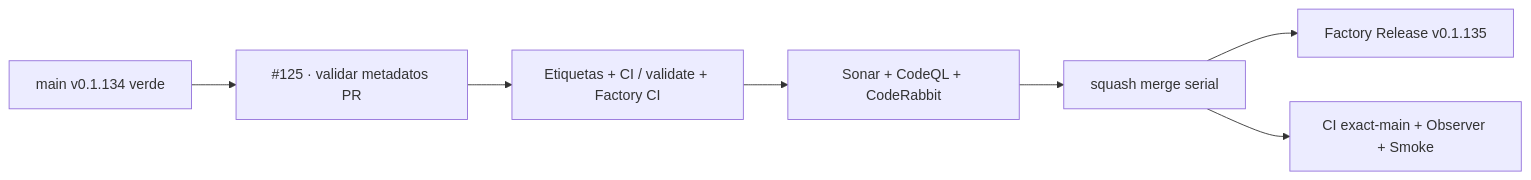
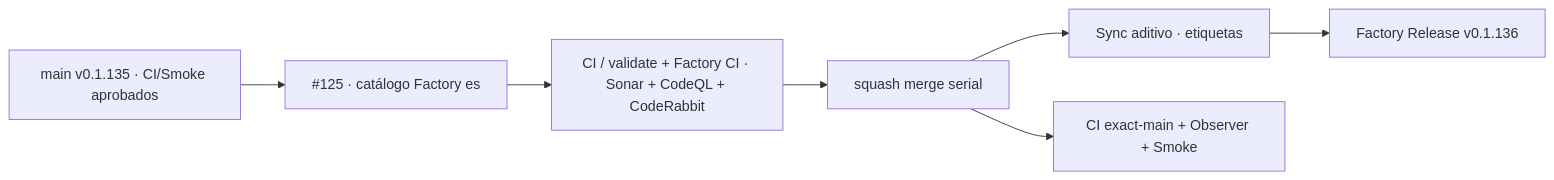
The diagram in README.md (pl0n3r/GrindFlow), drawn with Mermaid before and after one commit. The commit also changed other lines of this file and 5 other files, not shown here.

First line of the commit message:
chore(governance): completar catálogo canónico sin borrar etiquetas legadas (V 0.1.136) (#167)

````diff
--- a/README.md
+++ b/README.md
@@ -47,9 +47,9 @@
 ```mermaid
 flowchart LR
-  A["main v0.1.134 verde"] --> P["#125 · validar metadatos PR"]
-  P --> F["Etiquetas + CI / validate + Factory CI"]
-  F --> Q["Sonar + CodeQL + CodeRabbit"]
+  A["main v0.1.135 · CI/Smoke aprobados"] --> P["#125 · catálogo Factory es"]
+  P --> Q["CI / validate + Factory CI · Sonar + CodeQL + CodeRabbit"]
   Q --> M["squash merge serial"]
-  M --> R["Factory Release v0.1.135"]
+  M --> F["Sync aditivo · etiquetas"]
+  F --> R["Factory Release v0.1.136"]
   M --> X["CI exact-main + Observer + Smoke"]
 ```
````
